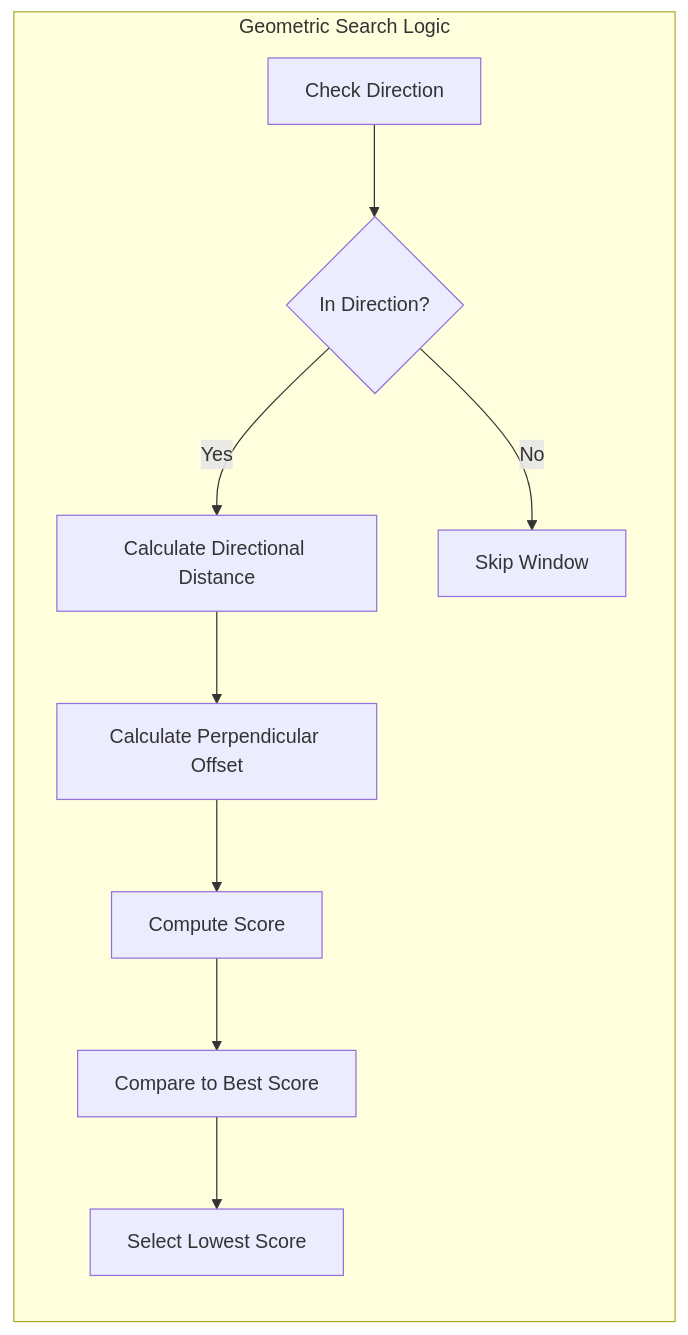
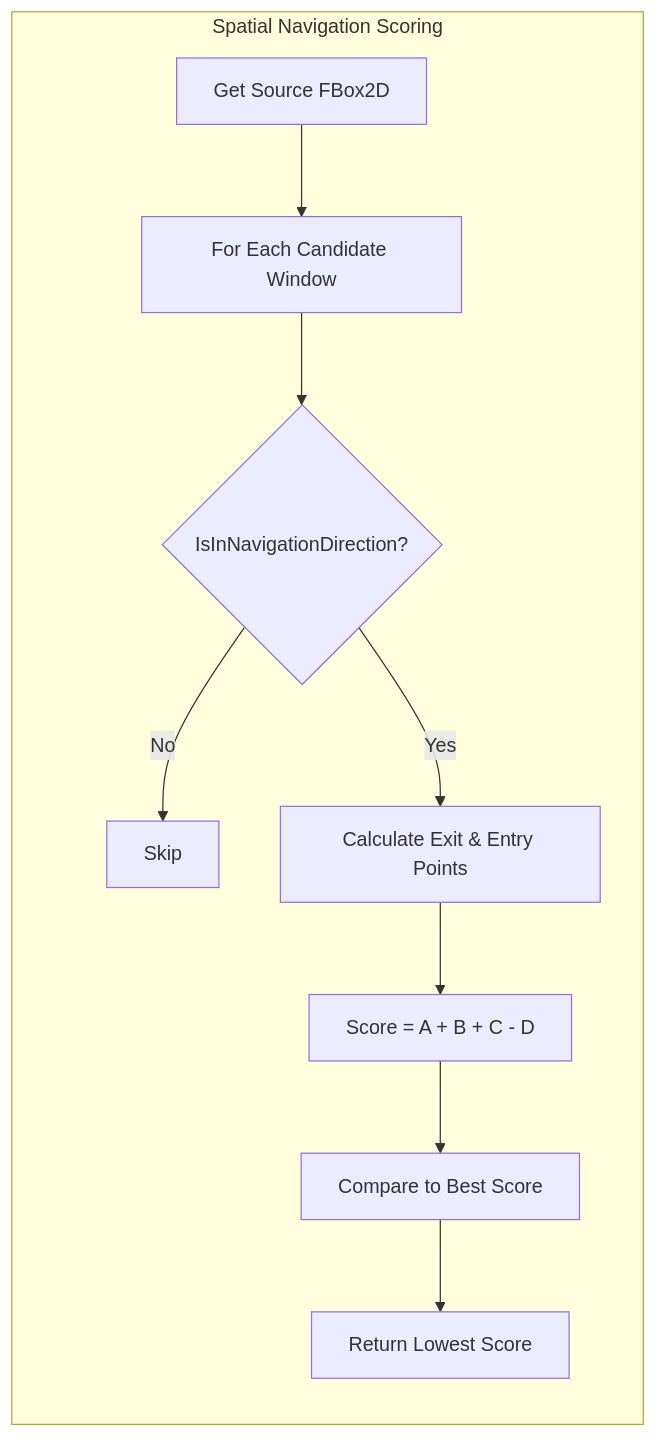
Before and after one commit to outliyr/outliyr-docs: the diagram in outliyr-framework/docs/base-lyra-modified/ui/item-container-ui-system/geometric-navigation/geometric-algorithm.md, drawn with Mermaid. The commit also changed other lines of this file and 6 other files, not shown here.

````diff
--- a/outliyr-framework/docs/base-lyra-modified/ui/item-container-ui-system/geometric-navigation/geometric-algorithm.md
+++ b/outliyr-framework/docs/base-lyra-modified/ui/item-container-ui-system/geometric-navigation/geometric-algorithm.md
@@ -155,13 +291,12 @@
 ```mermaid
 graph LR
-    subgraph Search ["Geometric Search Logic"]
-        A[Check Direction] --> B{In Direction?}
-        B -->|Yes| C[Calculate Directional Distance]
-        B -->|No| X[Skip Window]
-
-        C --> D[Calculate Perpendicular Offset]
-        D --> E[Compute Score]
-        E --> F[Compare to Best Score]
-        F --> G[Select Lowest Score]
+    subgraph Search ["Spatial Navigation Scoring"]
+        A[Get Source FBox2D] --> B[For Each Candidate Window]
+        B --> C{IsInNavigationDirection?}
+        C -->|No| D[Skip]
+        C -->|Yes| E[Calculate Exit & Entry Points]
+        E --> F["Score = A + B + C - D"]
+        F --> G[Compare to Best Score]
+        G --> H[Return Lowest Score]
     end
 ```
````
